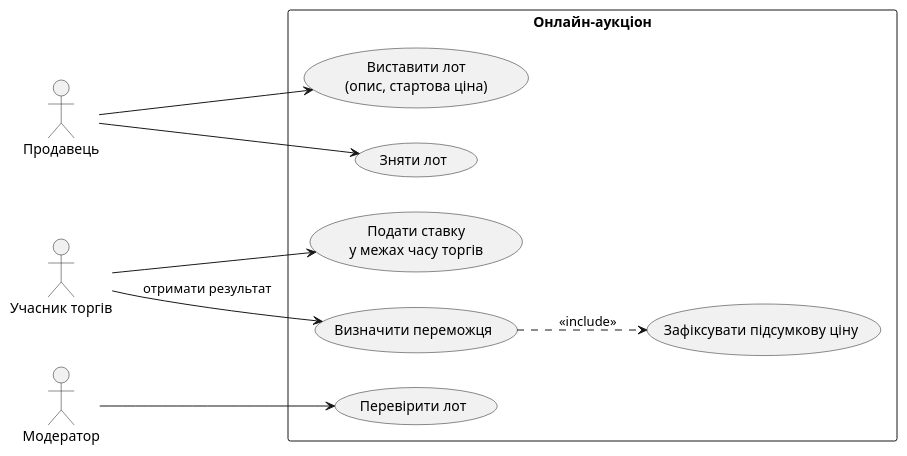
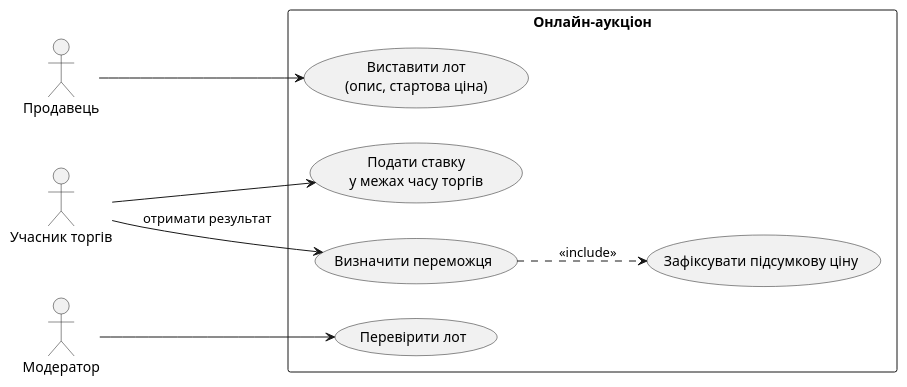
One commit to KitoragiVioleta/onlineauction changed the diagram in docs/usecase.puml. Above: the diagram before and after it, drawn with PlantUML. The commit also changed 6 other files, not shown here.

Commit message:
feat: regenerate diagrams and CRC cards for refined model

```diff
--- a/docs/usecase.puml
+++ b/docs/usecase.puml
@@ -1,25 +1,23 @@
 @startuml
 left to right direction
 skinparam packageStyle rectangle
 
 actor "Продавець" as Seller
 actor "Учасник торгів" as Bidder
 actor "Модератор" as Moderator
 
 rectangle "Онлайн-аукціон" {
   usecase "Виставити лот\n(опис, стартова ціна)" as UC_CreateLot
-  usecase "Зняти лот" as UC_WithdrawLot
   usecase "Перевірити лот" as UC_ReviewLot
   usecase "Подати ставку\nу межах часу торгів" as UC_PlaceBid
   usecase "Визначити переможця" as UC_DetermineWinner
   usecase "Зафіксувати підсумкову ціну" as UC_FinalPrice
 }
 
 Seller --> UC_CreateLot
-Seller --> UC_WithdrawLot
 Moderator --> UC_ReviewLot
 Bidder --> UC_PlaceBid
 Bidder --> UC_DetermineWinner : отримати результат
 
 UC_DetermineWinner ..> UC_FinalPrice : <<include>>
 @enduml
```
